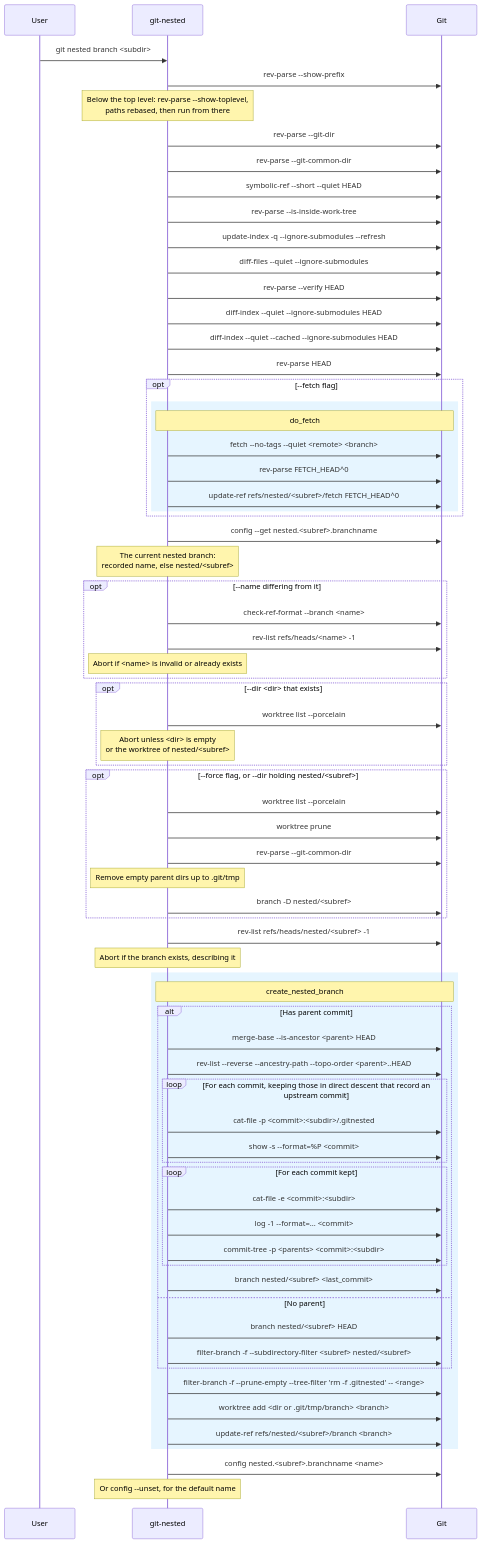
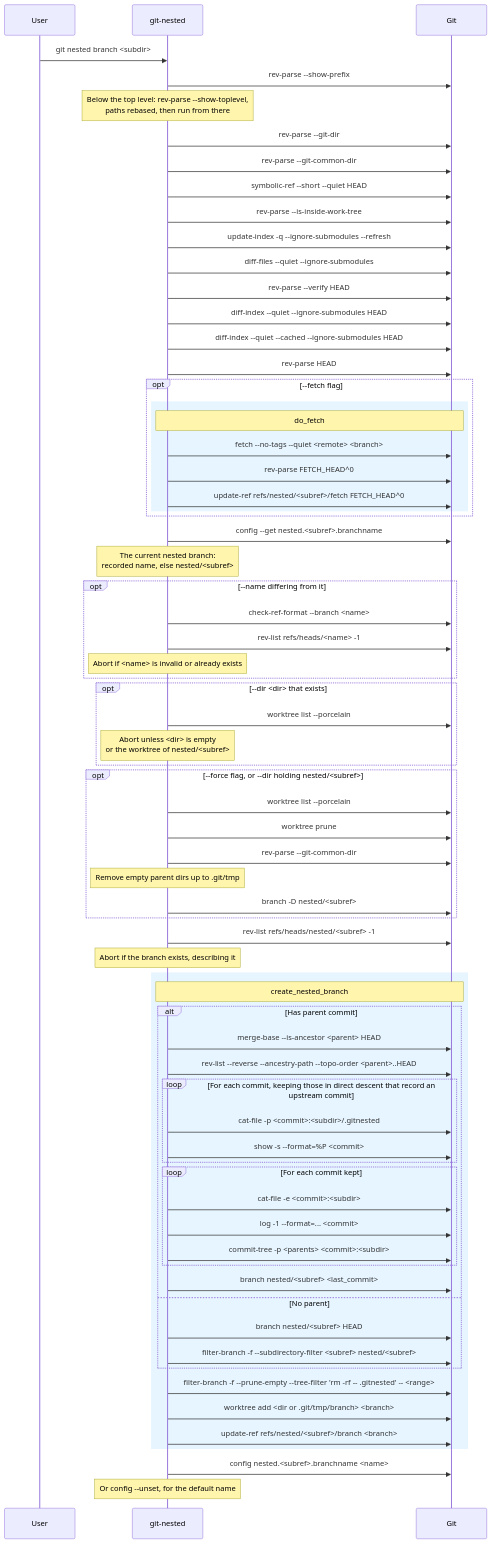
The sixth of 14 diagrams in docs/diagrams.md (thorsten-klein/git-nested), drawn with Mermaid before and after one commit. The commit also changed other lines of this file and 2 other files, not shown here.

First line of the commit message:
fix: `push` leaves out inner nested repositories added here (#124)

````diff
--- a/docs/diagrams.md
+++ b/docs/diagrams.md
@@ -324,82 +326,82 @@
 ```mermaid
 sequenceDiagram
     participant User
     participant git-nested
     participant Git
 
     User->>git-nested: git nested branch <subdir>
     git-nested->>Git: rev-parse --show-prefix
     Note over git-nested: Below the top level: rev-parse --show-toplevel,<br/>paths rebased, then run from there
     git-nested->>Git: rev-parse --git-dir
     git-nested->>Git: rev-parse --git-common-dir
     git-nested->>Git: symbolic-ref --short --quiet HEAD
     git-nested->>Git: rev-parse --is-inside-work-tree
     git-nested->>Git: update-index -q --ignore-submodules --refresh
     git-nested->>Git: diff-files --quiet --ignore-submodules
     git-nested->>Git: rev-parse --verify HEAD
     git-nested->>Git: diff-index --quiet --ignore-submodules HEAD
     git-nested->>Git: diff-index --quiet --cached --ignore-submodules HEAD
     git-nested->>Git: rev-parse HEAD
 
     opt --fetch flag
         rect rgb(230, 245, 255)
             Note over git-nested,Git: do_fetch
             git-nested->>Git: fetch --no-tags --quiet <remote> <branch>
             git-nested->>Git: rev-parse FETCH_HEAD^0
             git-nested->>Git: update-ref refs/nested/<subref>/fetch FETCH_HEAD^0
         end
     end
 
     git-nested->>Git: config --get nested.<subref>.branchname
     Note over git-nested: The current nested branch:<br/>recorded name, else nested/<subref>
 
     opt --name differing from it
         git-nested->>Git: check-ref-format --branch <name>
         git-nested->>Git: rev-list refs/heads/<name> -1
         Note over git-nested: Abort if <name> is invalid or already exists
     end
 
     opt --dir <dir> that exists
         git-nested->>Git: worktree list --porcelain
         Note over git-nested: Abort unless <dir> is empty<br/>or the worktree of nested/<subref>
     end
 
     opt --force flag, or --dir holding nested/<subref>
         git-nested->>Git: worktree list --porcelain
         git-nested->>Git: worktree prune
         git-nested->>Git: rev-parse --git-common-dir
         Note over git-nested: Remove empty parent dirs up to .git/tmp
         git-nested->>Git: branch -D nested/<subref>
     end
 
     git-nested->>Git: rev-list refs/heads/nested/<subref> -1
     Note over git-nested: Abort if the branch exists, describing it
 
     rect rgb(230, 245, 255)
         Note over git-nested,Git: create_nested_branch
         alt Has parent commit
             git-nested->>Git: merge-base --is-ancestor <parent> HEAD
             git-nested->>Git: rev-list --reverse --ancestry-path --topo-order <parent>..HEAD
             loop For each commit, keeping those in direct descent that record an upstream commit
                 git-nested->>Git: cat-file -p <commit>:<subdir>/.gitnested
                 git-nested->>Git: show -s --format=%P <commit>
             end
             loop For each commit kept
                 git-nested->>Git: cat-file -e <commit>:<subdir>
                 git-nested->>Git: log -1 --format=... <commit>
                 git-nested->>Git: commit-tree -p <parents> <commit>:<subdir>
             end
             git-nested->>Git: branch nested/<subref> <last_commit>
         else No parent
             git-nested->>Git: branch nested/<subref> HEAD
             git-nested->>Git: filter-branch -f --subdirectory-filter <subref> nested/<subref>
         end
 
-        git-nested->>Git: filter-branch -f --prune-empty --tree-filter 'rm -f .gitnested' -- <range>
+        git-nested->>Git: filter-branch -f --prune-empty --tree-filter 'rm -rf -- .gitnested' -- <range>
         git-nested->>Git: worktree add <dir or .git/tmp/branch> <branch>
         git-nested->>Git: update-ref refs/nested/<subref>/branch <branch>
     end
 
     git-nested->>Git: config nested.<subref>.branchname <name>
     Note over git-nested: Or config --unset, for the default name
 ```
````
